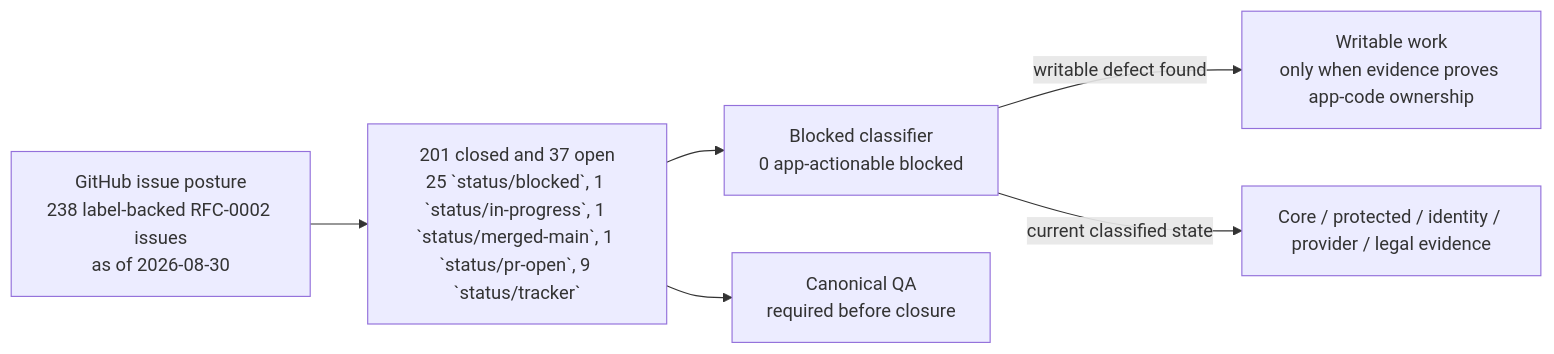
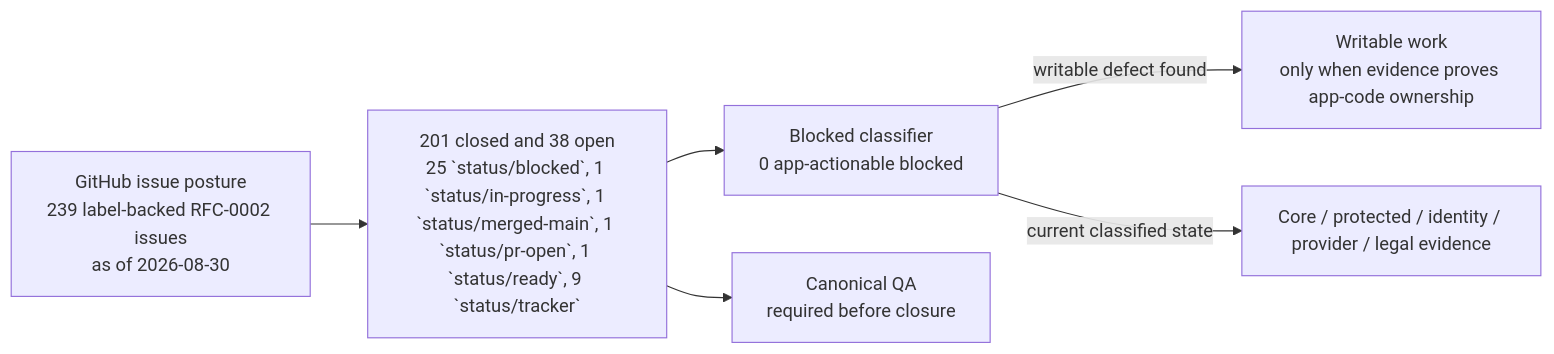
One commit to sgajbi/lotus-idea changed the first of 2 diagrams in wiki/RFC-0002-Execution-Status.md. Above: the diagram before and after it, drawn with Mermaid. The commit also changed other lines of this file and 11 other files, not shown here.

````diff
--- a/wiki/RFC-0002-Execution-Status.md
+++ b/wiki/RFC-0002-Execution-Status.md
@@ -48,15 +48,15 @@
 ```mermaid
 flowchart LR
-    Issues["GitHub issue posture<br/>238 label-backed RFC-0002 issues<br/>as of 2026-08-30"]
-    Open["201 closed and 37 open<br/>25 `status/blocked`, 1 `status/in-progress`, 1 `status/merged-main`, 1 `status/pr-open`, 9 `status/tracker`"]
+    Issues["GitHub issue posture<br/>239 label-backed RFC-0002 issues<br/>as of 2026-08-30"]
+    Open["201 closed and 38 open<br/>25 `status/blocked`, 1 `status/in-progress`, 1 `status/merged-main`, 1 `status/pr-open`, 1 `status/ready`, 9 `status/tracker`"]
     Blocked["Blocked classifier<br/>0 app-actionable blocked"]
     Work["Writable work<br/>only when evidence proves app-code ownership"]
     External["Core / protected / identity / provider / legal evidence"]
     QA["Canonical QA<br/>required before closure"]
 
     Issues --> Open
     Open --> Blocked
     Blocked -->|"writable defect found"| Work
     Blocked -->|"current classified state"| External
     Open --> QA
 ```
````
